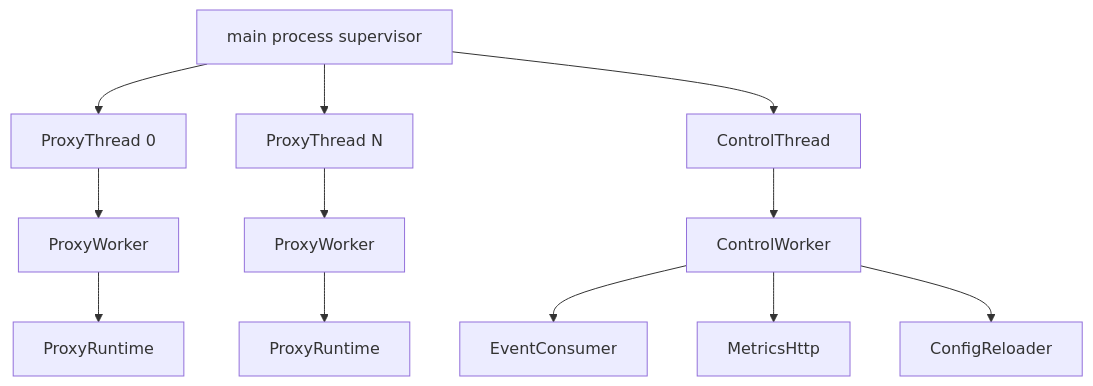
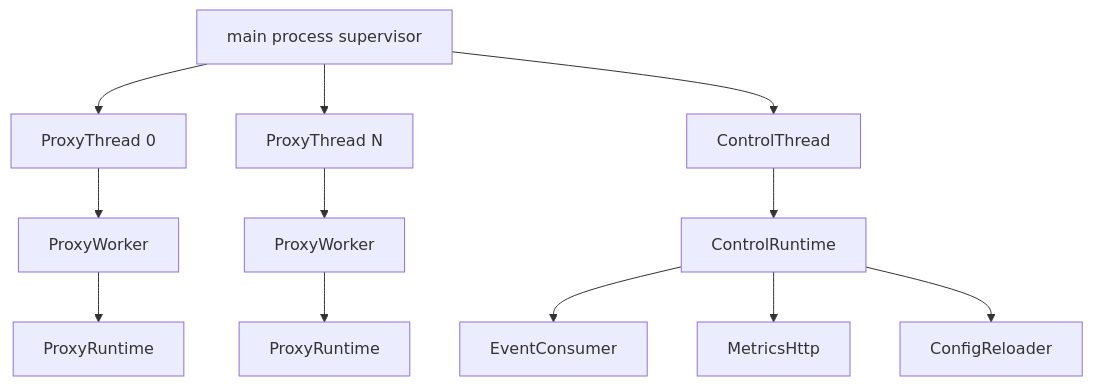
The second of 3 diagrams in docs/architecture/README.md (raydatray/rusty-mcrouter), drawn with Mermaid before and after one commit. The commit also changed other lines of this file and 10 other files, not shown here.

Commit message:
[3/3][control] own runtime and mailbox lifecycle

````diff
--- a/docs/architecture/README.md
+++ b/docs/architecture/README.md
@@ -73,15 +84,15 @@
 ```mermaid
 flowchart TB
     M[main process supervisor]
     M --> PT0[ProxyThread 0]
     M --> PTN[ProxyThread N]
     M --> CT[ControlThread]
     PT0 --> PW0[ProxyWorker]
     PTN --> PWN[ProxyWorker]
     PW0 --> PR0[ProxyRuntime]
     PWN --> PRN[ProxyRuntime]
-    CT --> CR[ControlWorker]
+    CT --> CR[ControlRuntime]
     CR --> EC[EventConsumer]
     CR --> MH[MetricsHttp]
     CR --> RL[ConfigReloader]
 ```
````
